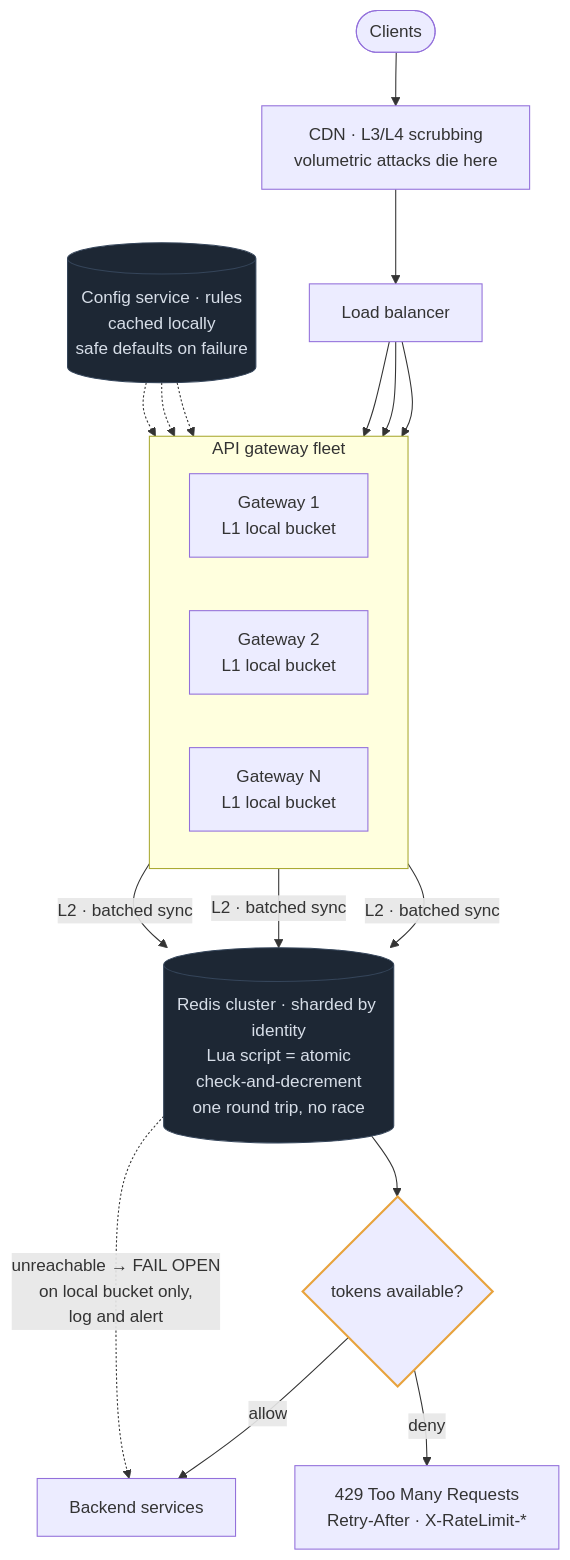
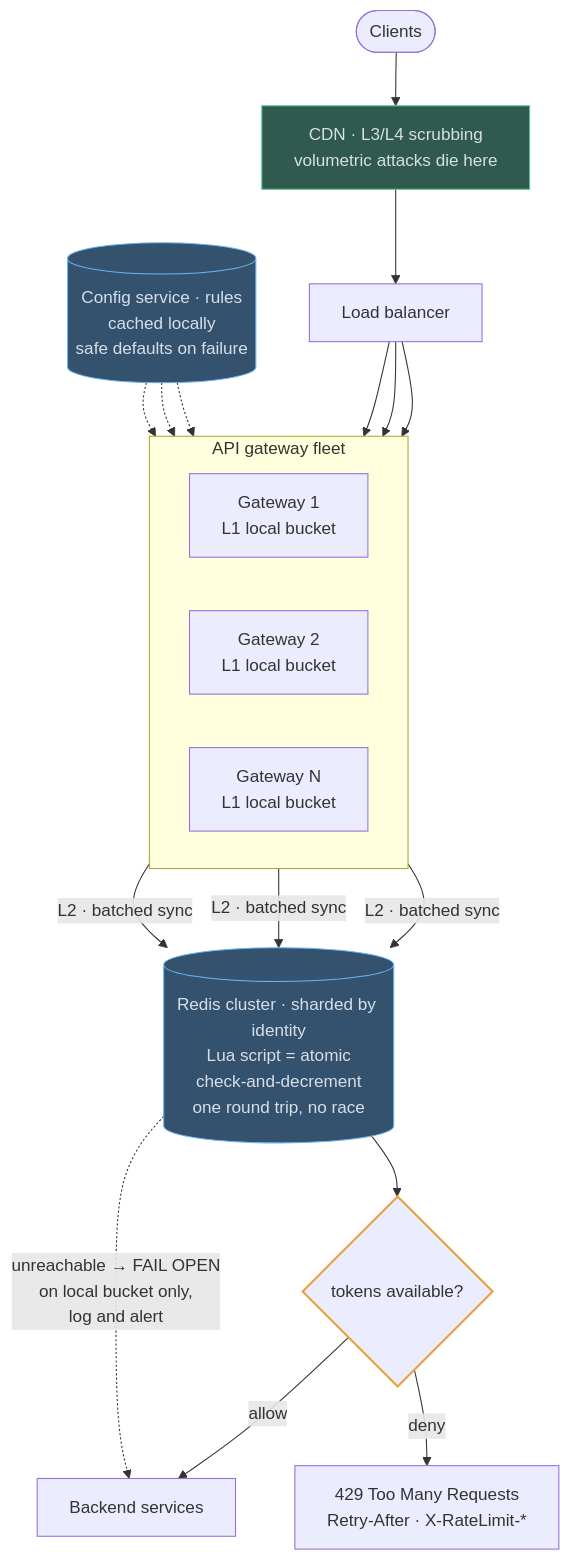
The diagram in content/designs/04-rate-limiter.md (mertkahyaoglu/atlas), drawn with Mermaid before and after one commit. The commit also changed 16 other files, not shown here.

````diff
--- a/content/designs/04-rate-limiter.md
+++ b/content/designs/04-rate-limiter.md
@@ -136,32 +136,34 @@
 ```mermaid
 flowchart TB
     Clients([Clients]) --> Scrub["CDN · L3/L4 scrubbing<br/>volumetric attacks die here"]
     Scrub --> LB[Load balancer]
 
     subgraph GATEWAYS ["API gateway fleet"]
         direction LR
         G3["Gateway 1<br/>L1 local bucket"]
         G2["Gateway 2<br/>L1 local bucket"]
         G1["Gateway N<br/>L1 local bucket"]
     end
     LB --> G1 & G2 & G3
     Config[("Config service · rules<br/>cached locally<br/>safe defaults on failure")] -.-> G1 & G2 & G3
 
     G1 -- "L2 · batched sync" --> Redis
     G2 -- "L2 · batched sync" --> Redis
     G3 -- "L2 · batched sync" --> Redis
     Redis[("Redis cluster · sharded by identity<br/>Lua script = atomic<br/>check-and-decrement<br/>one round trip, no race")]
 
     Redis --> Verdict{"tokens available?"}
     Verdict -- "allow" --> Backend[Backend services]
     Verdict -- "deny" --> Reject["429 Too Many Requests<br/>Retry-After · X-RateLimit-*"]
     Redis -. "unreachable → FAIL OPEN<br/>on local bucket only,<br/>log and alert" .-> Backend
 
-    classDef store fill:#1d2734,stroke:#35455a,color:#d7dee8
+    classDef store fill:#34526e,stroke:#6cb2ee,color:#d7dee8
+    classDef external fill:#2f5a4d,stroke:#5cc98f,color:#d7dee8
     classDef hot stroke:#e8a33d,stroke-width:2px
     class Redis,Config store
     class Verdict hot
+    class Scrub external
 
     click Scrub href "/docs/04-caching" "Role: drops volumetric attacks before they reach your infrastructure.<br/>Trade-off: coarse filtering only, so per-user limits still happen further in."
     click Redis href "/docs/04-caching" "Role: the shared counter every gateway checks, atomically through one Lua script.<br/>Trade-off: a network hop on every request, and if it fails you must pick fail-open or fail-closed."
 ```
````
